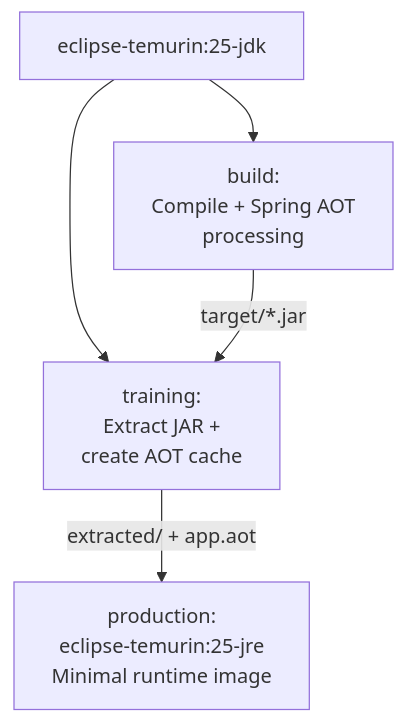
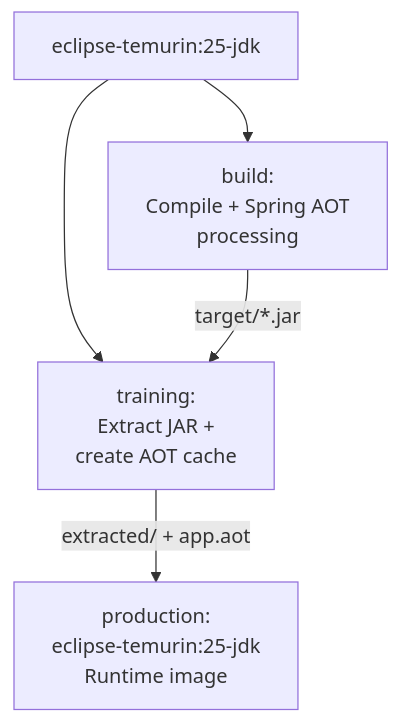
The second of 3 diagrams in AOT-CACHE-GUIDE.md (joensen/aot-test), drawn with Mermaid before and after one commit. The commit also changed other lines of this file, not shown here.

````diff
--- a/AOT-CACHE-GUIDE.md
+++ b/AOT-CACHE-GUIDE.md
@@ -44,13 +44,13 @@
 ```mermaid
 flowchart TD
     A["eclipse-temurin:25-jdk"] --> B["build:
     Compile + Spring AOT
     processing"]
     A --> C["training:
     Extract JAR +
     create AOT cache"]
     B -- "target/*.jar" --> C
     C -- "extracted/ + app.aot" --> D["production:
-    eclipse-temurin:25-jre
-    Minimal runtime image"]
+    eclipse-temurin:25-jdk
+    Runtime image"]
 ```
````
